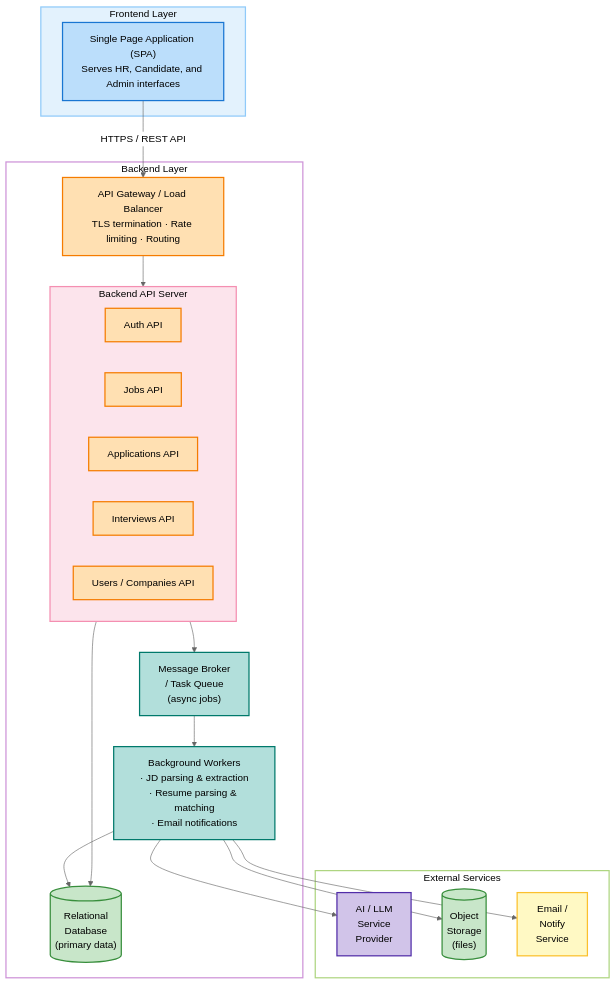
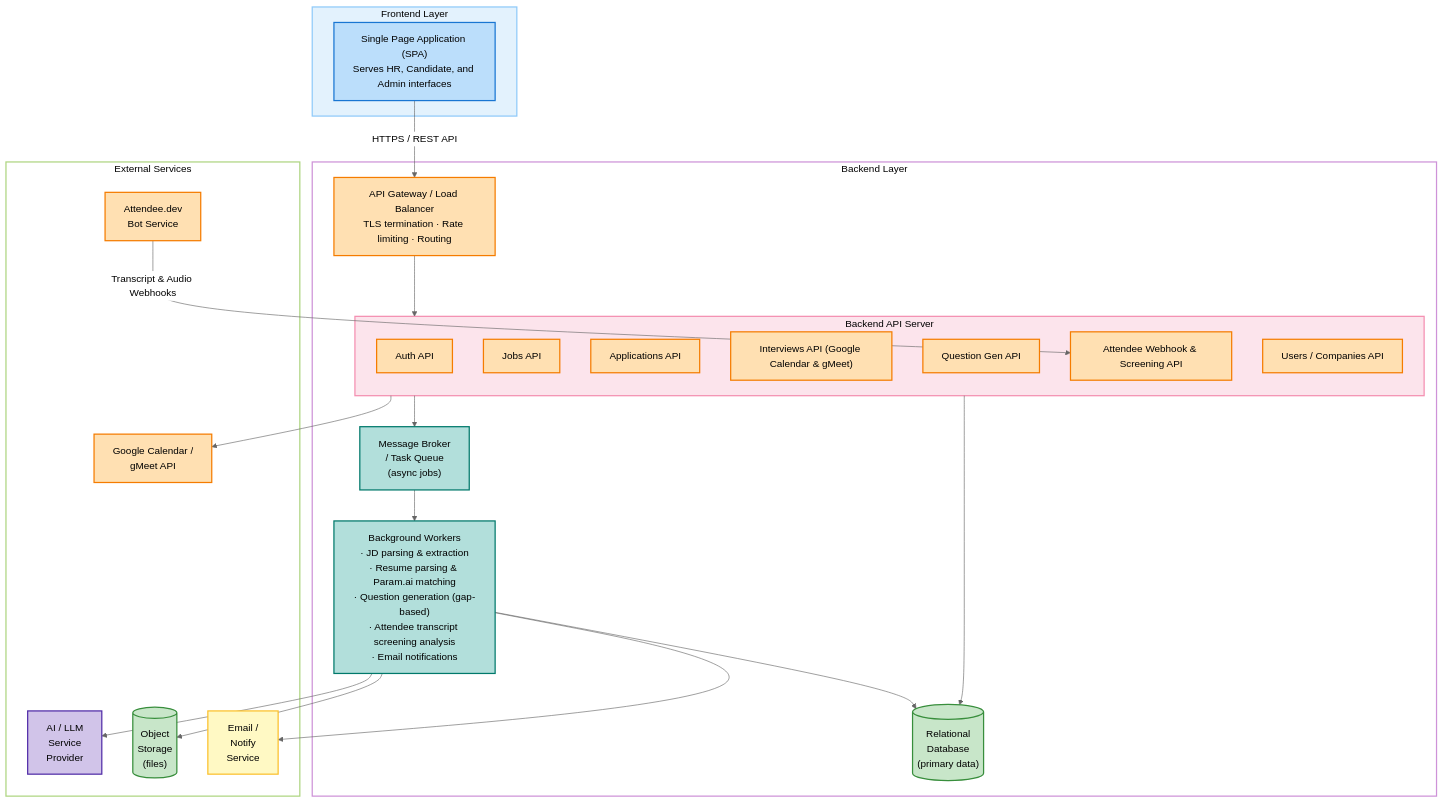
The first of 8 diagrams in docs/architecture/SYSTEM_DESIGN.md (joshsoftware/EZScreen), drawn with Mermaid (neutral theme) before and after one commit. The commit also changed other lines of this file and 2 other files, not shown here.

````diff
--- a/docs/architecture/SYSTEM_DESIGN.md
+++ b/docs/architecture/SYSTEM_DESIGN.md
@@ -46,54 +46,63 @@
 ```mermaid
 flowchart TB
  subgraph FL["Frontend Layer"]
         SPA["Single Page Application (SPA)<br>Serves HR, Candidate, and Admin interfaces"]
   end
  subgraph API["Backend API Server"]
         Auth["Auth API"]
         Jobs["Jobs API"]
         Apps["Applications API"]
-        Int["Interviews API"]
+        Int["Interviews API (Google Calendar & gMeet)"]
+        Quest["Question Gen API"]
+        Screen["Attendee Webhook & Screening API"]
         Usr["Users / Companies API"]
   end
  subgraph BL["Backend Layer"]
         AG["API Gateway / Load Balancer<br>TLS termination · Rate limiting · Routing"]
         API
         DB[("Relational<br>Database<br>(primary data)")]
         Queue["Message Broker<br>/ Task Queue<br>(async jobs)"]
-        Workers["Background Workers<br>· JD parsing &amp; extraction<br>· Resume parsing &amp; matching<br>· Email notifications"]
+        Workers["Background Workers<br>· JD parsing &amp; extraction<br>· Resume parsing &amp; Param.ai matching<br>· Question generation (gap-based)<br>· Attendee transcript screening analysis<br>· Email notifications"]
   end
  subgraph External["External Services"]
         AI["AI / LLM<br>Service<br>Provider"]
         S3[("Object<br>Storage<br>(files)")]
         Email["Email /<br>Notify<br>Service"]
+        GCal["Google Calendar /<br>gMeet API"]
+        Attendee["Attendee.dev<br>Bot Service"]
   end
     SPA -- HTTPS / REST API --> AG
     AG --> API
-    API --> DB & Queue
+    API --> DB & Queue & GCal
     Queue --> Workers
     Workers --> AI & S3 & Email & DB
+    Attendee -- Transcript & Audio Webhooks --> Screen
 
      SPA:::frontend
      Auth:::apiNode
      Jobs:::apiNode
      Apps:::apiNode
      Int:::apiNode
+     Quest:::apiNode
+     Screen:::apiNode
      Usr:::apiNode
      AG:::apiNode
      DB:::storage
      Queue:::async
      Workers:::async
      AI:::ai
      S3:::storage
      Email:::email
+     GCal:::apiNode
+     Attendee:::apiNode
     classDef frontend fill:#bbdefb,stroke:#1976d2,stroke-width:2px,color:#000
     classDef apiNode fill:#ffe0b2,stroke:#f57c00,stroke-width:2px,color:#000
     classDef storage fill:#c8e6c9,stroke:#388e3c,stroke-width:2px,color:#000
     classDef async fill:#b2dfdb,stroke:#00796b,stroke-width:2px,color:#000
     classDef ai fill:#d1c4e9,stroke:#512da8,stroke-width:2px,color:#000
     classDef email fill:#fff9c4,stroke:#fbc02d,stroke-width:2px,color:#000
     style API fill:#fce4ec,stroke:#f48fb1,stroke-width:2px,color:#000
     style FL fill:#e3f2fd,stroke:#90caf9,stroke-width:2px,color:#000
     style BL fill:transparent,stroke:#ce93d8,stroke-width:2px,color:#000
     style External fill:transparent,stroke:#aed581,stroke-width:2px,color:#000
 ```
````
